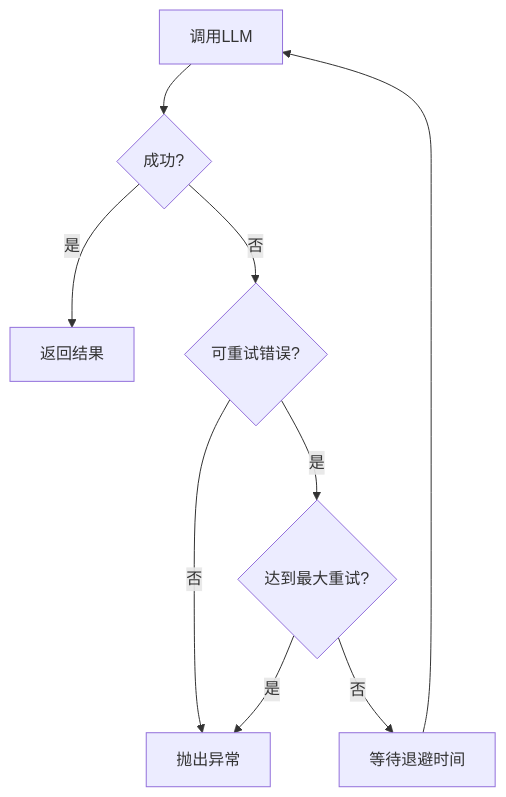
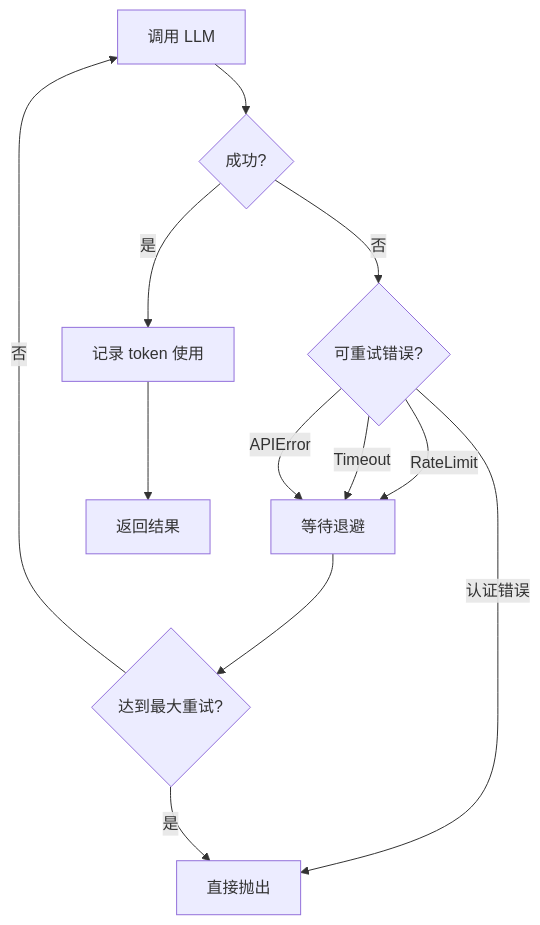
Diagram 12 of 13 in sxw_aicoding/docs/codemap.md (shixiangweiii/manus_demo), drawn with Mermaid before and after one commit. The commit also changed other lines of this file and 2 other files, not shown here.

````diff
--- a/sxw_aicoding/docs/codemap.md
+++ b/sxw_aicoding/docs/codemap.md
@@ -586,11 +611,14 @@
 ```mermaid
 graph TD
-    A[调用LLM] --> B{成功?}
-    B -->|是| C[返回结果]
+    A[调用 LLM] --> B{成功?}
+    B -->|是| C[记录 token 使用]
     B -->|否| D{可重试错误?}
-    D -->|否| E[抛出异常]
-    D -->|是| F{达到最大重试?}
-    F -->|是| E
-    F -->|否| G[等待退避时间]
-    G --> A
+    D -->|RateLimit| E[等待退避]
+    D -->|Timeout| E
+    D -->|APIError| E
+    D -->|认证错误| F[直接抛出]
+    E --> G{达到最大重试?}
+    G -->|否| A
+    G -->|是| F
+    C --> H[返回结果]
 ```
````
